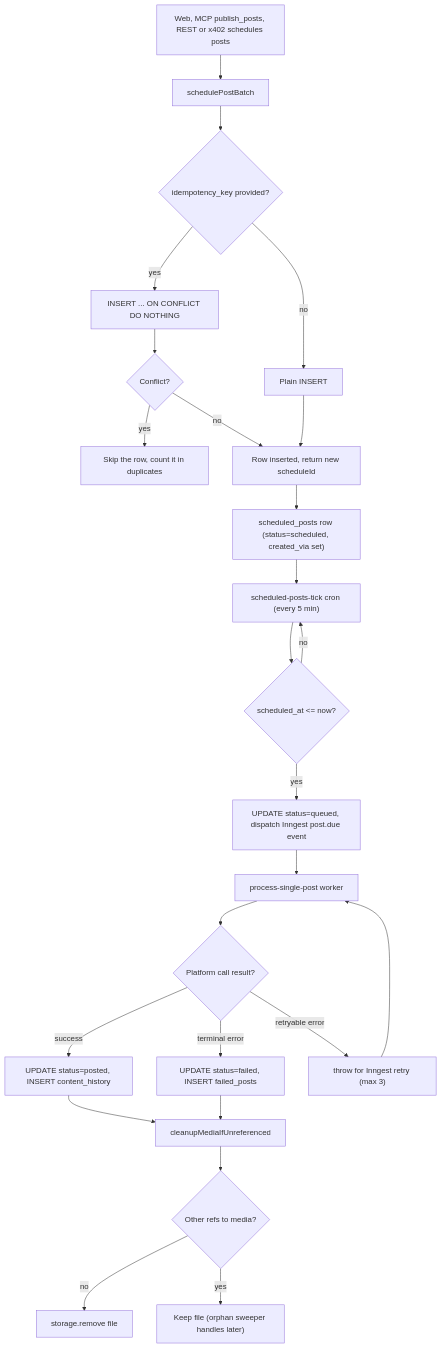
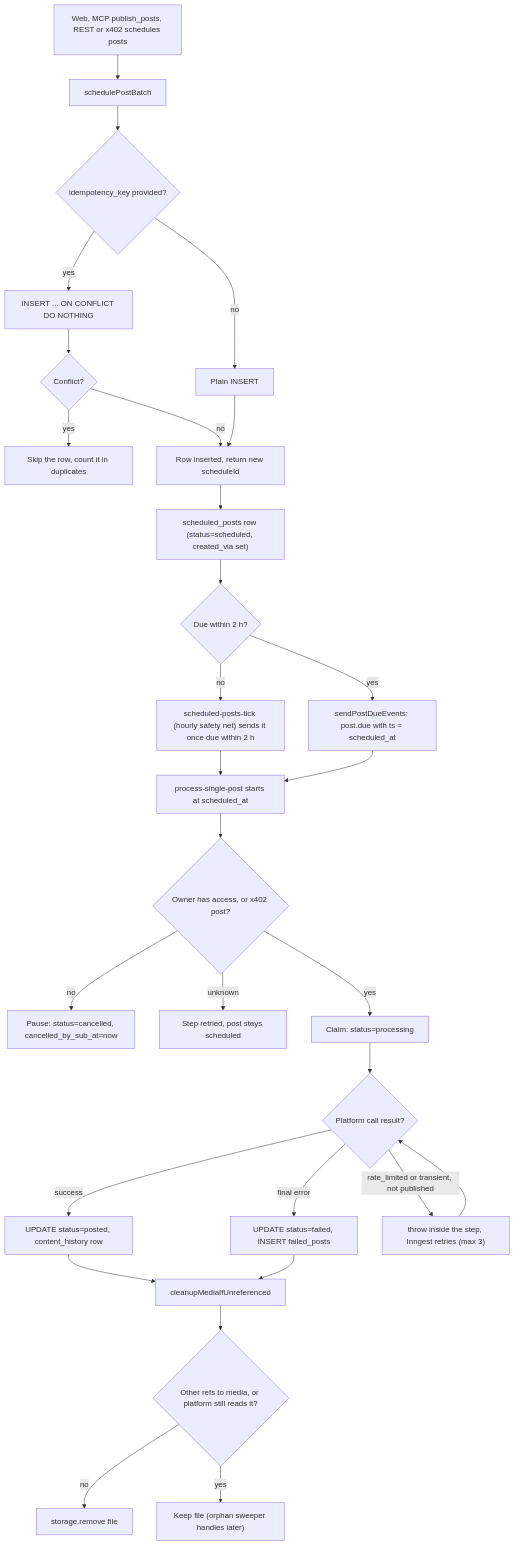
One commit to Andy00L/sharetopus changed the second of 4 diagrams in docs/SCHEDULING.md. Above: the diagram before and after it, drawn with Mermaid. The commit also changed other lines of this file and 15 other files, not shown here.

````diff
--- a/docs/SCHEDULING.md
+++ b/docs/SCHEDULING.md
@@ -50,28 +56,32 @@
 ```mermaid
 flowchart TD
     A["Web, MCP publish_posts, REST or x402 schedules posts"] --> B["schedulePostBatch"]
     B --> C{"idempotency_key provided?"}
     C -- yes --> D["INSERT ... ON CONFLICT DO NOTHING"]
     D --> E{"Conflict?"}
     E -- yes --> F["Skip the row, count it in duplicates"]
     E -- no --> G["Row inserted, return new scheduleId"]
     C -- no --> H["Plain INSERT"]
     H --> G
 
     G --> I["scheduled_posts row (status=scheduled, created_via set)"]
-    I --> J["scheduled-posts-tick cron (every 5 min)"]
-    J --> K{"scheduled_at <= now?"}
-    K -- no --> J
-    K -- yes --> L["UPDATE status=queued, dispatch Inngest post.due event"]
-    L --> M["process-single-post worker"]
-    M --> N{"Platform call result?"}
-    N -- success --> O["UPDATE status=posted, INSERT content_history"]
-    N -- terminal error --> P["UPDATE status=failed, INSERT failed_posts"]
-    N -- retryable error --> Q["throw for Inngest retry (max 3)"]
-    Q --> M
+    I --> J{"Due within 2 h?"}
+    J -- yes --> K["sendPostDueEvents: post.due with ts = scheduled_at"]
+    J -- no --> T["scheduled-posts-tick (hourly safety net) sends it once due within 2 h"]
+    T --> M
+    K --> M["process-single-post starts at scheduled_at"]
+    M --> AG{"Owner has access, or x402 post?"}
+    AG -- no --> PA["Pause: status=cancelled, cancelled_by_sub_at=now"]
+    AG -- unknown --> RT["Step retried, post stays scheduled"]
+    AG -- yes --> CL["Claim: status=processing"]
+    CL --> N{"Platform call result?"}
+    N -- success --> O["UPDATE status=posted, content_history row"]
+    N -- final error --> P["UPDATE status=failed, INSERT failed_posts"]
+    N -- "rate_limited or transient, not published" --> Q["throw inside the step, Inngest retries (max 3)"]
+    Q --> N
     O --> R["cleanupMediaIfUnreferenced"]
     P --> R
-    R --> S{"Other refs to media?"}
-    S -- no --> T["storage.remove file"]
+    R --> S{"Other refs to media, or platform still reads it?"}
+    S -- no --> U2["storage.remove file"]
     S -- yes --> U["Keep file (orphan sweeper handles later)"]
 ```
````
